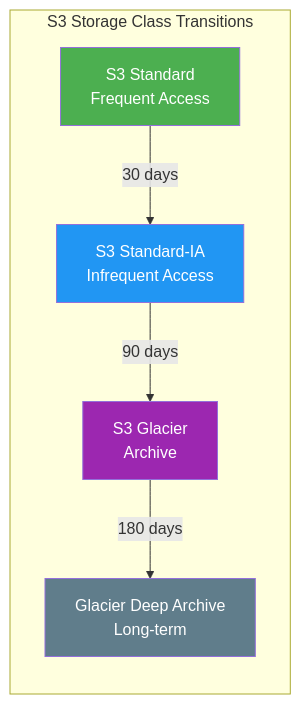
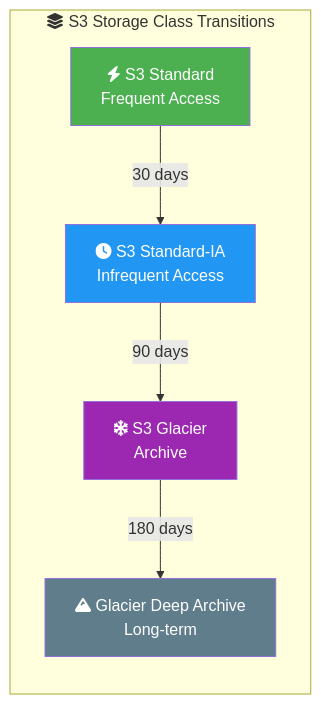
One commit to vinu76jsr/aws-sample-projects changed the second of 3 diagrams in aws-ml-associate-prep/02-s3-data-lake/LAB.md. Above: the diagram before and after it, drawn with Mermaid. The commit also changed other lines of this file and 15 other files, not shown here.

First line of the commit message:
Add Font Awesome icons to all Mermaid diagrams

````diff
--- a/aws-ml-associate-prep/02-s3-data-lake/LAB.md
+++ b/aws-ml-associate-prep/02-s3-data-lake/LAB.md
@@ -52,18 +52,18 @@
 ```mermaid
 flowchart LR
-    subgraph StorageClasses["S3 Storage Class Transitions"]
-        Standard[S3 Standard<br/>Frequent Access]
-        IA[S3 Standard-IA<br/>Infrequent Access]
-        Glacier[S3 Glacier<br/>Archive]
-        Deep[Glacier Deep Archive<br/>Long-term]
+    subgraph StorageClasses["fa:fa-layer-group S3 Storage Class Transitions"]
+        Standard[fa:fa-bolt S3 Standard<br/>Frequent Access]
+        IA[fa:fa-clock S3 Standard-IA<br/>Infrequent Access]
+        Glacier[fa:fa-snowflake S3 Glacier<br/>Archive]
+        Deep[fa:fa-mountain Glacier Deep Archive<br/>Long-term]
     end
 
     Standard --> |30 days| IA
     IA --> |90 days| Glacier
     Glacier --> |180 days| Deep
 
     style Standard fill:#4caf50,color:#fff
     style IA fill:#2196f3,color:#fff
     style Glacier fill:#9c27b0,color:#fff
     style Deep fill:#607d8b,color:#fff
 ```
````
